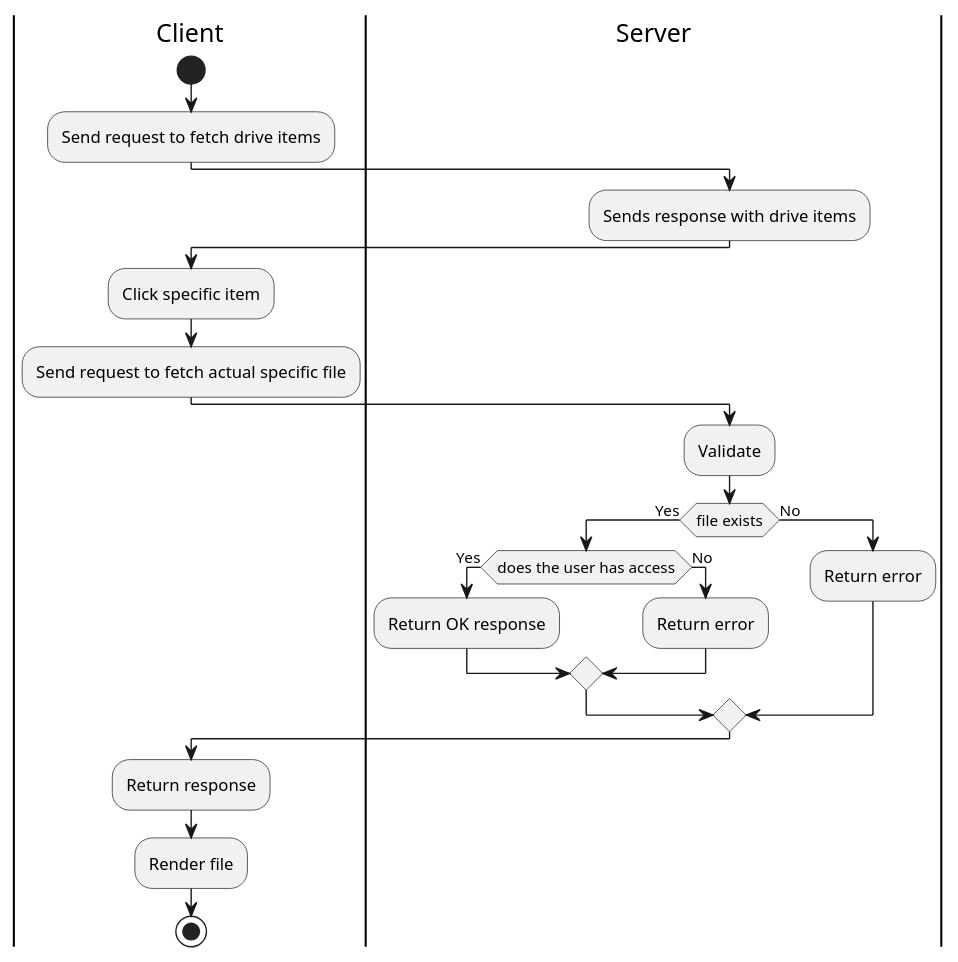
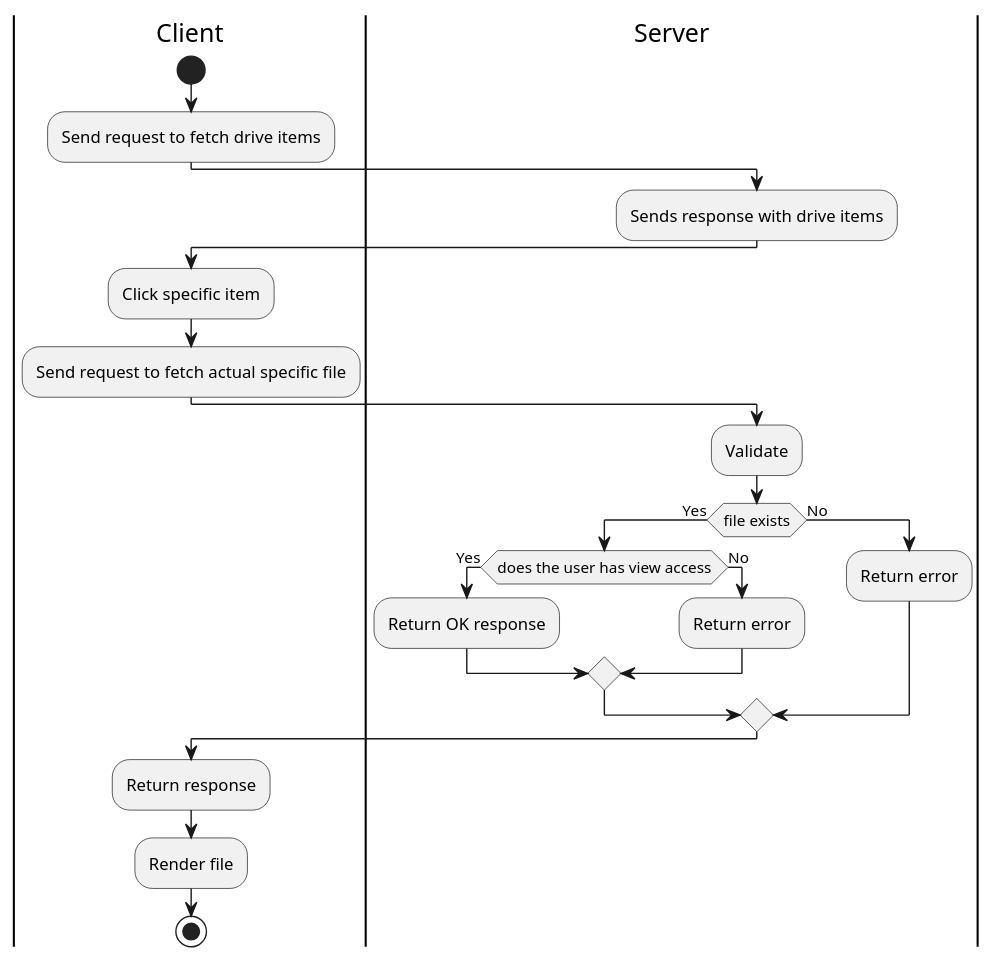
The diagram in docs/activity-diagrams/view-file.puml (hakanyildizhan/pwr-22-spring-css-ii-st-gpp), drawn with PlantUML before and after one commit.

```diff
--- a/docs/activity-diagrams/view-file.puml
+++ b/docs/activity-diagrams/view-file.puml
@@ -1,30 +1,30 @@
 @startuml
 |Client|
 start
 |Client|
 :Send request to fetch drive items;
 |Server|
 :Sends response with drive items;
 |Client|
 :Click specific item;
 :Send request to fetch actual specific file;
 |Server|
 :Validate;
 if (file exists) then
  ->Yes;
- if (does the user has access) then
+ if (does the user has view access) then
   ->Yes;
   :Return OK response;
  else
   ->No;
   :Return error;
  endif
 else
  -> No;
  :Return error;
 endif
 |Client|
 :Return response;
 :Render file;
 stop
 @enduml
```
